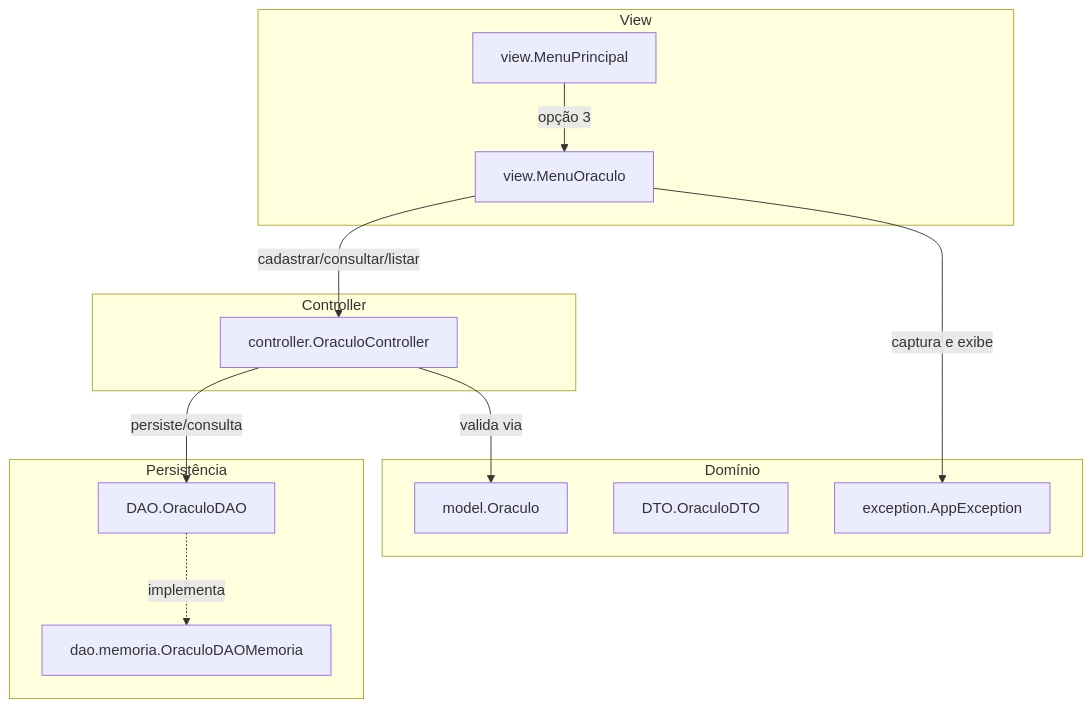
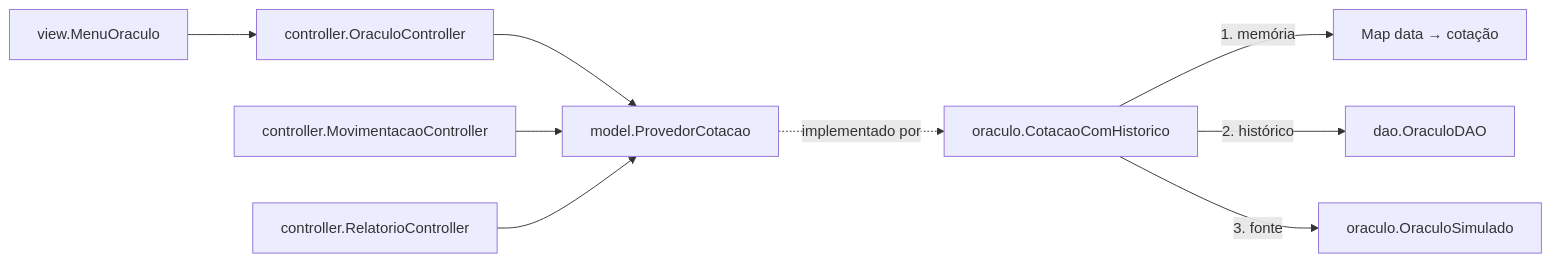
One commit to CassianoBorborema/FT_Coin changed the diagram in docs/fluxo-oraculo.md. Above: the diagram before and after it, drawn with Mermaid. The commit also changed other lines of this file and 107 other files, not shown here.

````diff
--- a/docs/fluxo-oraculo.md
+++ b/docs/fluxo-oraculo.md
@@ -11,29 +12,11 @@
 ```mermaid
-flowchart TB
-    subgraph viewLayer [View]
-        MenuPrincipal["view.MenuPrincipal"]
-        MenuOraculo["view.MenuOraculo"]
-    end
-
-    subgraph controllerLayer [Controller]
-        OraculoController["controller.OraculoController"]
-    end
-
-    subgraph domainLayer [Domínio]
-        OraculoModel["model.Oraculo"]
-        OraculoDTO["DTO.OraculoDTO"]
-        AppException["exception.AppException"]
-    end
-
-    subgraph persistenceLayer [Persistência]
-        OraculoDAO["DAO.OraculoDAO"]
-        OraculoDAOMemoria["dao.memoria.OraculoDAOMemoria"]
-    end
-
-    MenuPrincipal -->|"opção 3"| MenuOraculo
-    MenuOraculo -->|"cadastrar/consultar/listar"| OraculoController
-    OraculoController -->|"valida via"| OraculoModel
-    OraculoController -->|"persiste/consulta"| OraculoDAO
-    OraculoDAO -.->|"implementa"| OraculoDAOMemoria
-    MenuOraculo -->|"captura e exibe"| AppException
+flowchart LR
+    MenuOraculo["view.MenuOraculo"] --> OraculoController["controller.OraculoController"]
+    OraculoController --> Provedor["model.ProvedorCotacao"]
+    MovimentacaoController["controller.MovimentacaoController"] --> Provedor
+    RelatorioController["controller.RelatorioController"] --> Provedor
+    Provedor -.->|"implementado por"| Historico["oraculo.CotacaoComHistorico"]
+    Historico -->|"1. memória"| Cache["Map data → cotação"]
+    Historico -->|"2. histórico"| OraculoDAO["dao.OraculoDAO"]
+    Historico -->|"3. fonte"| Simulado["oraculo.OraculoSimulado"]
 ```
````
